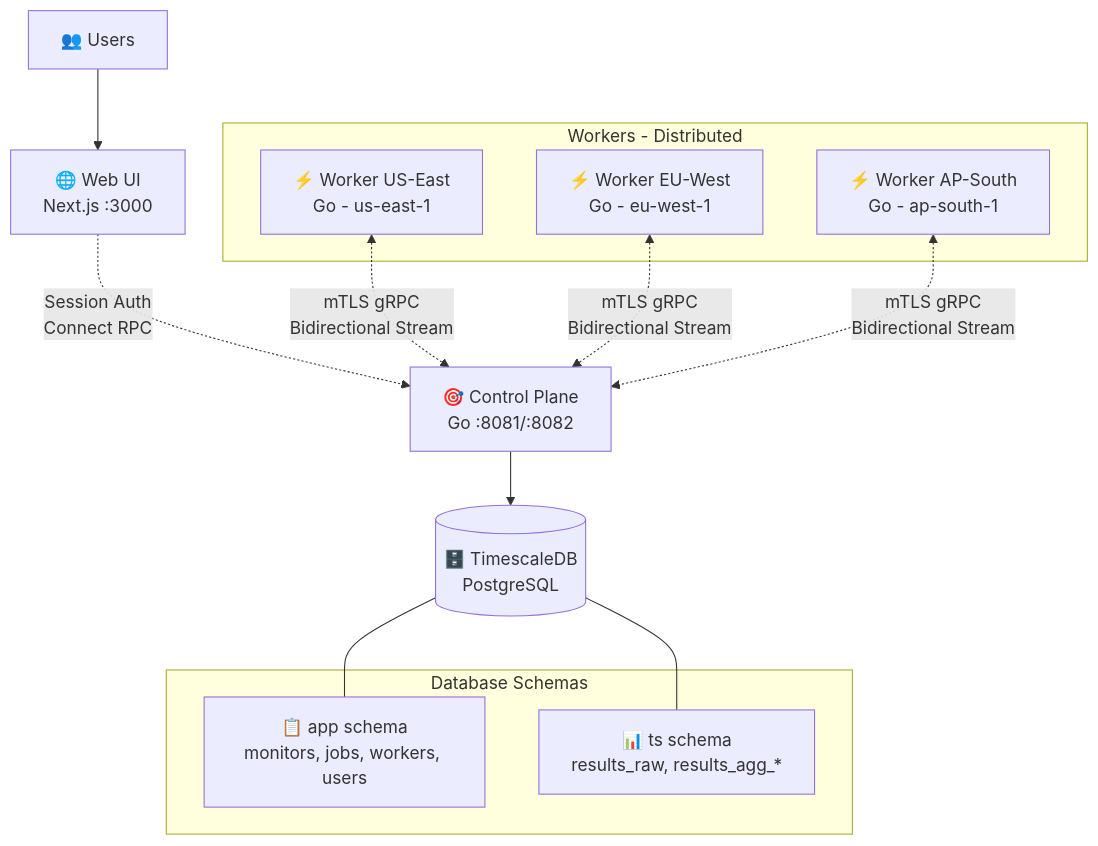
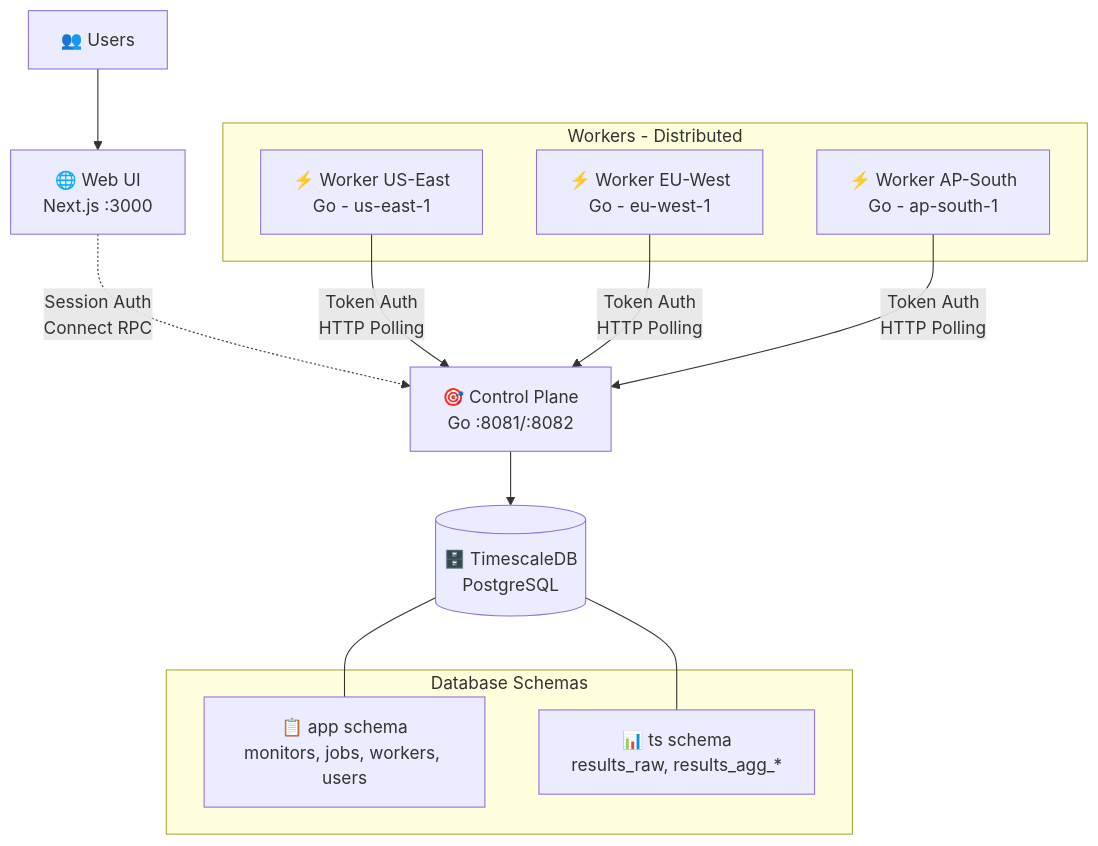
The diagram in README.md (crisog/openseer), drawn with Mermaid before and after one commit. The commit also changed other lines of this file and 31 other files, not shown here.

````diff
--- a/README.md
+++ b/README.md
@@ -7,28 +7,28 @@
 ```mermaid
 graph TB
     Users[👥 Users]
     WebUI[🌐 Web UI<br/>Next.js :3000]
     ControlPlane[🎯 Control Plane<br/>Go :8081/:8082]
     Database[(🗄️ TimescaleDB<br/>PostgreSQL)]
 
     subgraph "Workers - Distributed"
         WorkerUS[⚡ Worker US-East<br/>Go - us-east-1]
         WorkerEU[⚡ Worker EU-West<br/>Go - eu-west-1]
         WorkerAP[⚡ Worker AP-South<br/>Go - ap-south-1]
     end
 
     Users --> WebUI
     WebUI -.->|Session Auth<br/>Connect RPC| ControlPlane
-    WorkerUS <-.->|mTLS gRPC<br/>Bidirectional Stream| ControlPlane
-    WorkerEU <-.->|mTLS gRPC<br/>Bidirectional Stream| ControlPlane
-    WorkerAP <-.->|mTLS gRPC<br/>Bidirectional Stream| ControlPlane
+    WorkerUS -->|Token Auth<br/>HTTP Polling| ControlPlane
+    WorkerEU -->|Token Auth<br/>HTTP Polling| ControlPlane
+    WorkerAP -->|Token Auth<br/>HTTP Polling| ControlPlane
     ControlPlane --> Database
 
     subgraph "Database Schemas"
         AppSchema[📋 app schema<br/>monitors, jobs, workers, users]
         TSSchema[📊 ts schema<br/>results_raw, results_agg_*]
     end
 
     Database --- AppSchema
     Database --- TSSchema
 ```
````
